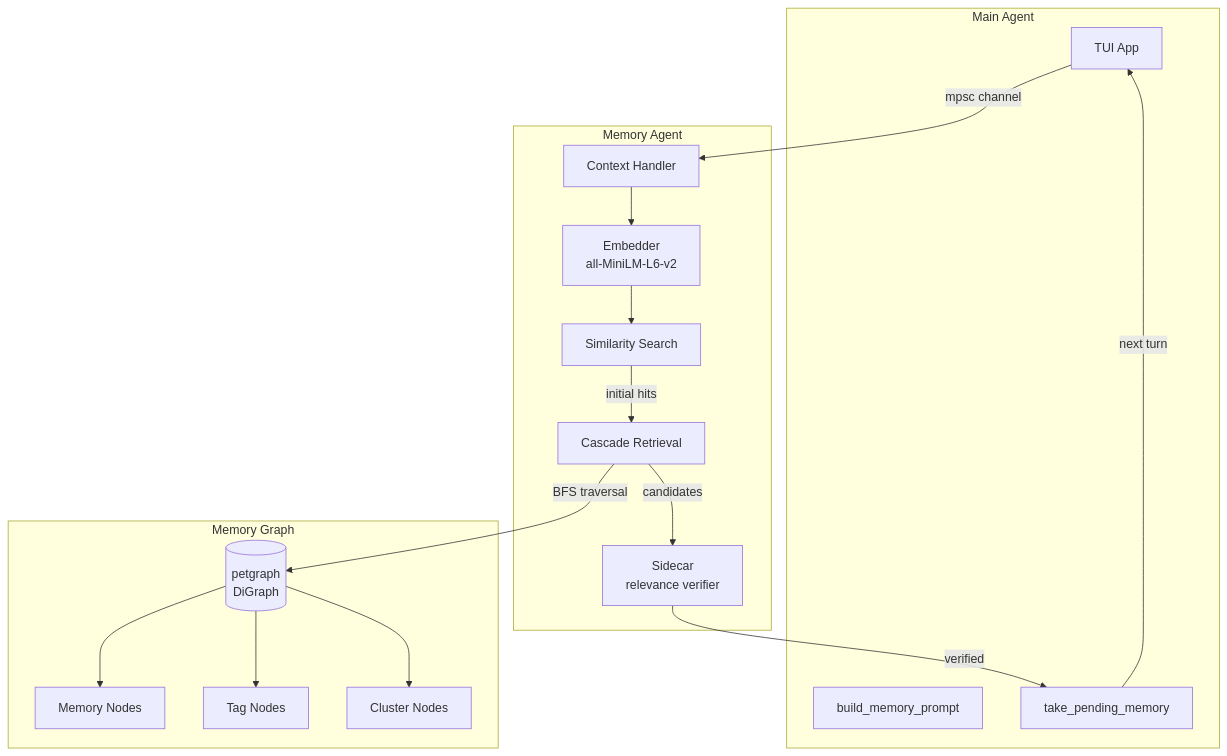
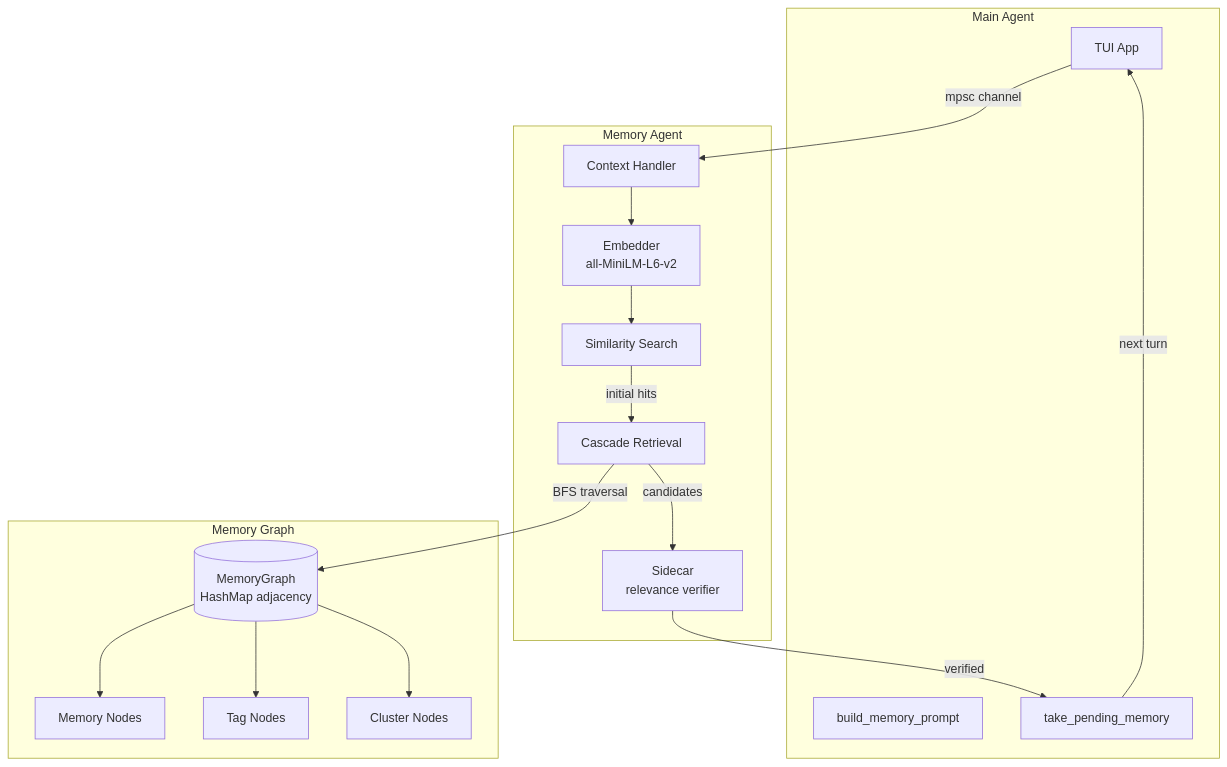
Before and after one commit to jerudnik/jcode: the first of 8 diagrams in docs/MEMORY_ARCHITECTURE.md, drawn with Mermaid. The commit also changed other lines of this file and 3 other files, not shown here.

````diff
--- a/docs/MEMORY_ARCHITECTURE.md
+++ b/docs/MEMORY_ARCHITECTURE.md
@@ -24,35 +34,35 @@
 ```mermaid
 graph TB
     subgraph "Main Agent"
         MA[TUI App]
         MP[build_memory_prompt]
         TP[take_pending_memory]
     end
 
     subgraph "Memory Agent"
         CH[Context Handler]
         EMB[Embedder<br/>all-MiniLM-L6-v2]
         SR[Similarity Search]
         CR[Cascade Retrieval]
         HC[Sidecar<br/>relevance verifier]
     end
 
     subgraph "Memory Graph"
-        MG[(petgraph<br/>DiGraph)]
+        MG[(MemoryGraph<br/>HashMap adjacency)]
         MS[Memory Nodes]
         TN[Tag Nodes]
         CN[Cluster Nodes]
     end
 
     MA -->|mpsc channel| CH
     CH --> EMB
     EMB --> SR
     SR -->|initial hits| CR
     CR -->|BFS traversal| MG
     MG --> MS
     MG --> TN
     MG --> CN
     CR -->|candidates| HC
     HC -->|verified| TP
     TP -->|next turn| MA
 ```
````
